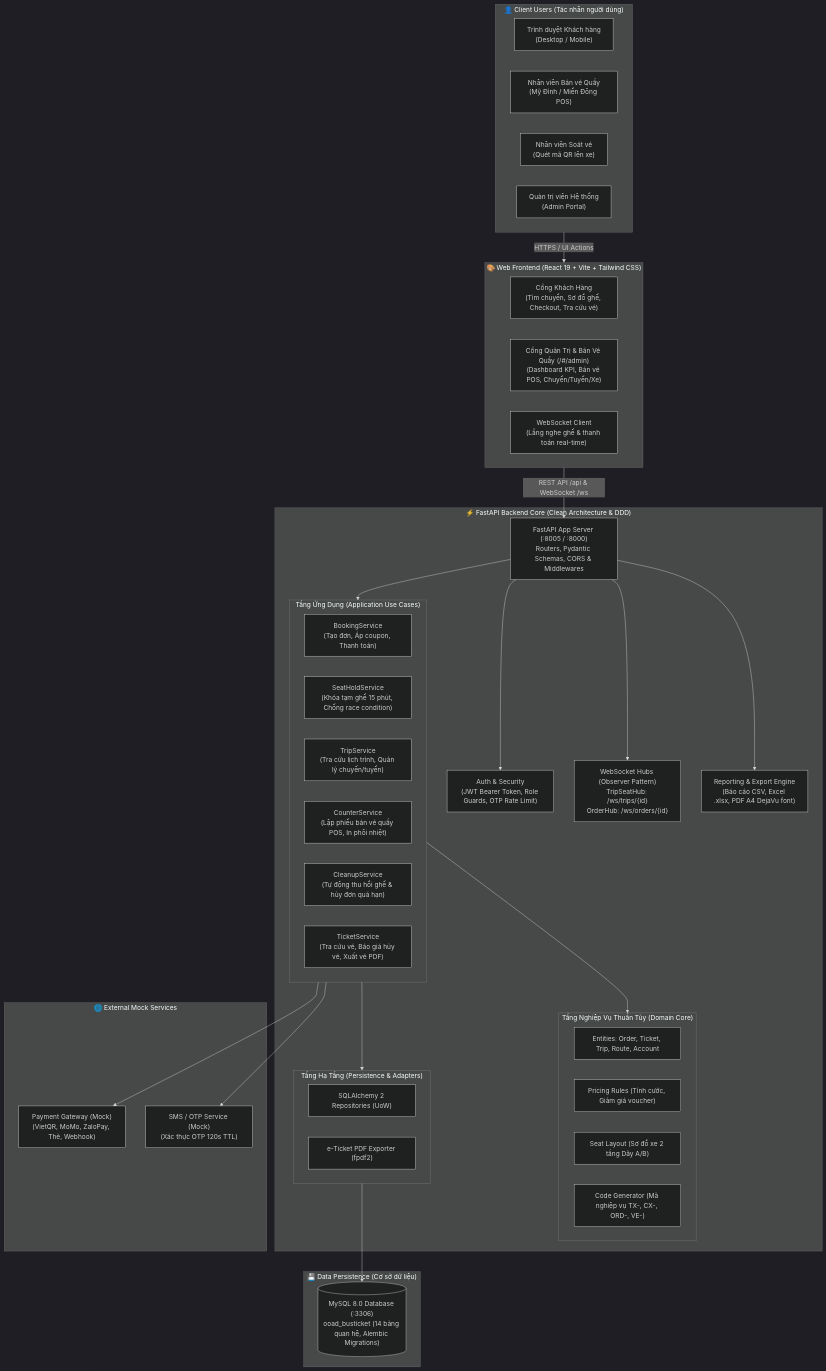
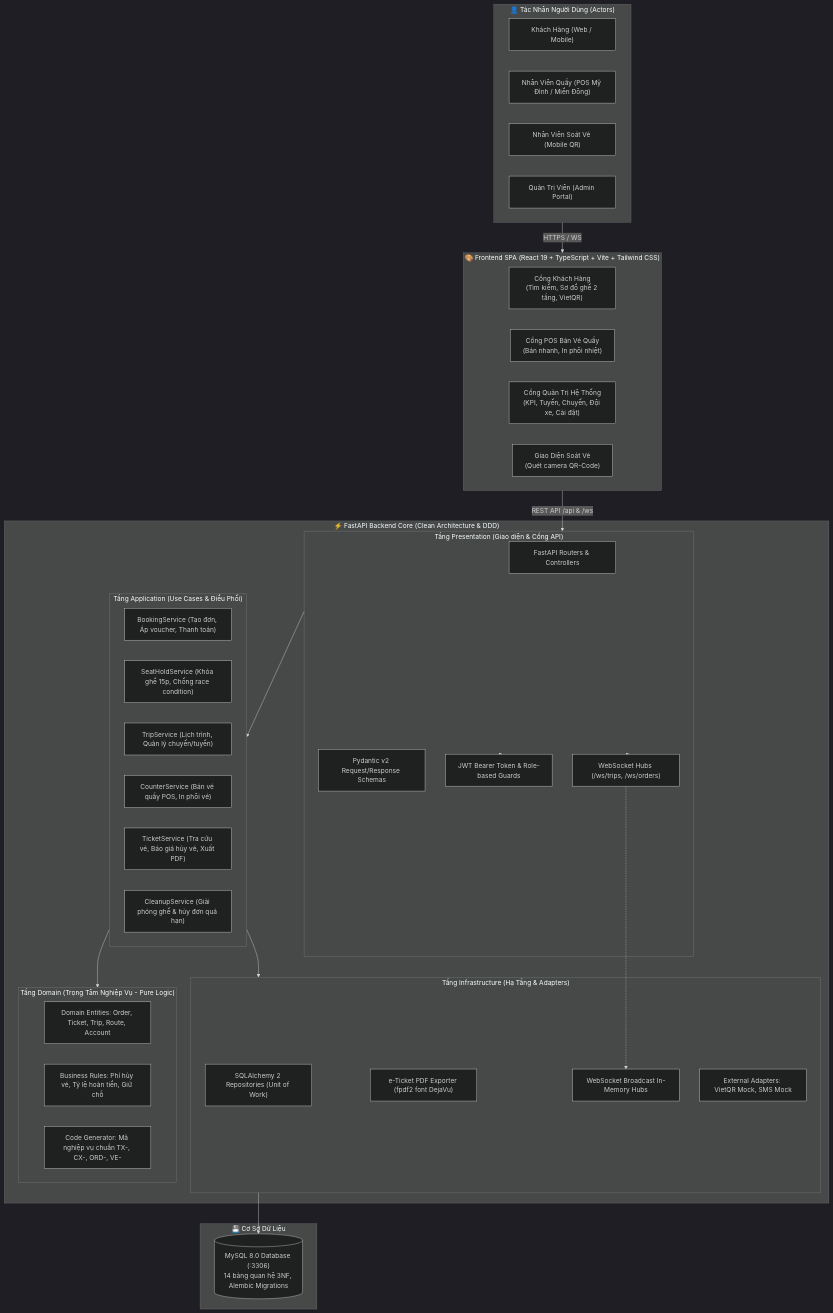
The diagram in README.md (Longcodepro/Project_OOAD_HK1_2026-2027), drawn with Mermaid (dark theme) before and after one commit. The commit also changed other lines of this file and 143 other files, not shown here.

````diff
--- a/README.md
+++ b/README.md
@@ -16,67 +101,62 @@
 ```mermaid
 flowchart TB
-    subgraph Clients["👤 Client Users (Tác nhân người dùng)"]
-        Browser["Trình duyệt Khách hàng<br/>(Desktop / Mobile)"]
-        POSStation["Nhân viên Bán vé Quầy<br/>(Mỹ Đình / Miền Đông POS)"]
-        ScannerStaff["Nhân viên Soát vé<br/>(Quét mã QR lên xe)"]
-        AdminUser["Quản trị viên Hệ thống<br/>(Admin Portal)"]
+    subgraph Clients["👤 Tác Nhân Người Dùng (Actors)"]
+        Customer["Khách Hàng (Web / Mobile)"]
+        CounterStaff["Nhân Viên Quầy (POS Mỹ Đình / Miền Đông)"]
+        ScannerStaff["Nhân Viên Soát Vé (Mobile QR)"]
+        AdminStaff["Quản Trị Viên (Admin Portal)"]
     end
 
-    subgraph FrontendSPA["🎨 Web Frontend (React 19 + Vite + Tailwind CSS)"]
-        CustomerPortal["Cổng Khách Hàng<br/>(Tìm chuyến, Sơ đồ ghế, Checkout, Tra cứu vé)"]
-        AdminPortal["Cổng Quản Trị & Bán Vé Quầy (/#/admin)<br/>(Dashboard KPI, Bán vé POS, Chuyến/Tuyến/Xe)"]
-        WSClient["WebSocket Client<br/>(Lắng nghe ghế & thanh toán real-time)"]
+    subgraph FrontendApp["🎨 Frontend SPA (React 19 + TypeScript + Vite + Tailwind CSS)"]
+        FE_Customer["Cổng Khách Hàng\n(Tìm kiếm, Sơ đồ ghế 2 tầng, VietQR)"]
+        FE_Counter["Cổng POS Bán Vé Quầy\n(Bán nhanh, In phôi nhiệt)"]
+        FE_Admin["Cổng Quản Trị Hệ Thống\n(KPI, Tuyến, Chuyến, Đội xe, Cài đặt)"]
+        FE_Scanner["Giao Diện Soát Vé\n(Quét camera QR-Code)"]
     end
 
     subgraph BackendCore["⚡ FastAPI Backend Core (Clean Architecture & DDD)"]
-        APIGateway["FastAPI App Server (:8005 / :8000)<br/>Routers, Pydantic Schemas, CORS & Middlewares"]
-        AuthSecurity["Auth & Security<br/>(JWT Bearer Token, Role Guards, OTP Rate Limit)"]
-        WSHubs["WebSocket Hubs (Observer Pattern)<br/>TripSeatHub: /ws/trips/{id}<br/>OrderHub: /ws/orders/{id}"]
-        ExportService["Reporting & Export Engine<br/>(Báo cáo CSV, Excel .xlsx, PDF A4 DejaVu font)"]
-
-        subgraph ApplicationLayer["Tầng Ứng Dụng (Application Use Cases)"]
-            UC_Booking["BookingService<br/>(Tạo đơn, Áp coupon, Thanh toán)"]
-            UC_Holds["SeatHoldService<br/>(Khóa tạm ghế 15 phút, Chống race condition)"]
-            UC_Trips["TripService<br/>(Tra cứu lịch trình, Quản lý chuyến/tuyến)"]
-            UC_Counter["CounterService<br/>(Lập phiếu bán vé quầy POS, In phôi nhiệt)"]
-            UC_Cleanup["CleanupService<br/>(Tự động thu hồi ghế & hủy đơn quá hạn)"]
-            UC_Tickets["TicketService<br/>(Tra cứu vé, Báo giá hủy vé, Xuất vé PDF)"]
+        subgraph PresentationLayer["Tầng Presentation (Giao diện & Cổng API)"]
+            FastAPIRouters["FastAPI Routers & Controllers"]
+            PydanticSchemas["Pydantic v2 Request/Response Schemas"]
+            SecurityGuard["JWT Bearer Token & Role-based Guards"]
+            WSEndpoints["WebSocket Hubs (/ws/trips, /ws/orders)"]
         end
 
-        subgraph DomainLayer["Tầng Nghiệp Vụ Thuần Túy (Domain Core)"]
-            Entities["Entities: Order, Ticket, Trip, Route, Account"]
-            PricingRules["Pricing Rules (Tính cước, Giảm giá voucher)"]
-            LayoutRules["Seat Layout (Sơ đồ xe 2 tầng Dãy A/B)"]
-            CodeGenerator["Code Generator (Mã nghiệp vụ TX-, CX-, ORD-, VE-)"]
+        subgraph ApplicationLayer["Tầng Application (Use Cases & Điều Phối)"]
+            UC_Booking["BookingService (Tạo đơn, Áp voucher, Thanh toán)"]
+            UC_Hold["SeatHoldService (Khóa ghế 15p, Chống race condition)"]
+            UC_Trip["TripService (Lịch trình, Quản lý chuyến/tuyến)"]
+            UC_Counter["CounterService (Bán vé quầy POS, In phôi vé)"]
+            UC_Ticket["TicketService (Tra cứu vé, Báo giá hủy vé, Xuất PDF)"]
+            UC_Cleanup["CleanupService (Giải phóng ghế & hủy đơn quá hạn)"]
         end
 
-        subgraph InfraLayer["Tầng Hạ Tầng (Persistence & Adapters)"]
-            Repositories["SQLAlchemy 2 Repositories (UoW)"]
-            TicketPDF["e-Ticket PDF Exporter (fpdf2)"]
+        subgraph DomainLayer["Tầng Domain (Trọng Tâm Nghiệp Vụ - Pure Logic)"]
+            DomainEntities["Domain Entities: Order, Ticket, Trip, Route, Account"]
+            DomainRules["Business Rules: Phí hủy vé, Tỷ lệ hoàn tiền, Giữ chỗ"]
+            CodeGenerator["Code Generator: Mã nghiệp vụ chuẩn TX-, CX-, ORD-, VE-"]
+        end
+
+        subgraph InfrastructureLayer["Tầng Infrastructure (Hạ Tầng & Adapters)"]
+            SQLAlchemyRepos["SQLAlchemy 2 Repositories (Unit of Work)"]
+            PDFExporter["e-Ticket PDF Exporter (fpdf2 font DejaVu)"]
+            WSHubImpl["WebSocket Broadcast In-Memory Hubs"]
+            ExternalMocks["External Adapters: VietQR Mock, SMS Mock"]
         end
     end
 
-    subgraph ExternalAdapters["🌐 External Mock Services"]
-        PaymentMock["Payment Gateway (Mock)<br/>(VietQR, MoMo, ZaloPay, Thẻ, Webhook)"]
-        SMSMock["SMS / OTP Service (Mock)<br/>(Xác thực OTP 120s TTL)"]
+    subgraph Database["💾 Cơ Sở Dữ Liệu"]
+        MySQL[("MySQL 8.0 Database (:3306)\n14 bảng quan hệ 3NF, Alembic Migrations")]
     end
 
-    subgraph DataPersistence["💾 Data Persistence (Cơ sở dữ liệu)"]
-        MySQL[("MySQL 8.0 Database (:3306)<br/>ooad_busticket (14 bảng quan hệ, Alembic Migrations)")]
-    end
-
-    %% Luồng kết nối (Connections)
-    Clients -->|HTTPS / UI Actions| FrontendSPA
-    FrontendSPA -->|REST API /api & WebSocket /ws| APIGateway
-    APIGateway --> AuthSecurity
-    APIGateway --> WSHubs
-    APIGateway --> ExportService
-    APIGateway --> ApplicationLayer
-
+    %% Luồng liên kết
+    Clients -->|HTTPS / WS| FrontendApp
+    FrontendApp -->|REST API /api & /ws| PresentationLayer
+    PresentationLayer --> SecurityGuard
+    PresentationLayer --> ApplicationLayer
+    PresentationLayer --> WSEndpoints
+    WSEndpoints -.-> WSHubImpl
     ApplicationLayer --> DomainLayer
-    ApplicationLayer --> InfraLayer
-    ApplicationLayer --> PaymentMock
-    ApplicationLayer --> SMSMock
-
-    InfraLayer --> MySQL
+    ApplicationLayer --> InfrastructureLayer
+    InfrastructureLayer --> MySQL
 ```
````
